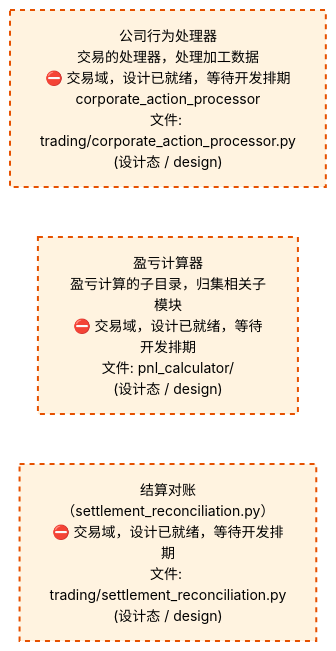
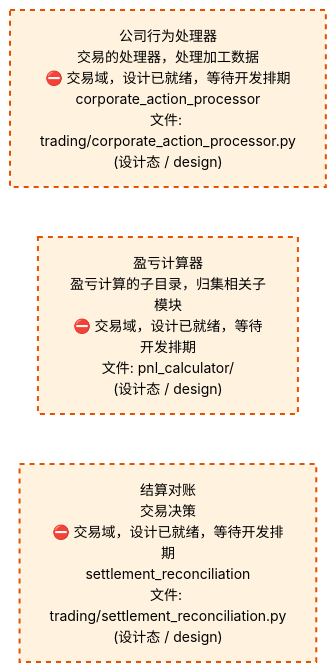
Before and after one commit to xuanFelixVan/ZephyrAlpha: the third of 4 diagrams in docs/02_enterprise_architecture/02_domain_architecture_docs/72_d_trading.md, drawn with Mermaid. The commit also changed other lines of this file and 30 other files, not shown here.

````diff
--- a/docs/02_enterprise_architecture/02_domain_architecture_docs/72_d_trading.md
+++ b/docs/02_enterprise_architecture/02_domain_architecture_docs/72_d_trading.md
@@ -298,14 +298,14 @@
 ```mermaid
 %%{init: {'theme': 'base', 'themeVariables': {'primaryColor': '#eaeaea', 'primaryTextColor': '#333333', 'primaryBorderColor': '#666666', 'lineColor': '#666666', 'secondaryColor': '#eaeaea', 'tertiaryColor': '#eaeaea', 'fontSize': '14px'}}}%%
 flowchart TD
     src_zephyr_trading_corporate_action_processor_py["公司行为处理器<br/>交易的处理器，处理加工数据<br/>⛔ 交易域，设计已就绪，等待开发排期<br/>corporate_action_processor<br/>文件: trading/corporate_action_processor.py<br/>(设计态 / design)"]
     src_zephyr_trading_pnl_calculator["盈亏计算器<br/>盈亏计算的子目录，归集相关子模块<br/>⛔ 交易域，设计已就绪，等待开发排期<br/>文件: pnl_calculator/<br/>(设计态 / design)"]
-    src_zephyr_trading_settlement_reconciliation_py["结算对账<br/>（settlement_reconciliation.py）<br/>⛔ 交易域，设计已就绪，等待开发排期<br/>文件: trading/settlement_reconciliation.py<br/>(设计态 / design)"]
+    src_zephyr_trading_settlement_reconciliation_py["结算对账<br/>交易决策<br/>⛔ 交易域，设计已就绪，等待开发排期<br/>settlement_reconciliation<br/>文件: trading/settlement_reconciliation.py<br/>(设计态 / design)"]
     src_zephyr_trading_corporate_action_processor_py ~~~ src_zephyr_trading_pnl_calculator
     src_zephyr_trading_pnl_calculator ~~~ src_zephyr_trading_settlement_reconciliation_py
     classDef production fill:#e1f5fe,stroke:#01579b,stroke-width:2px,color:#000
     classDef design fill:#fff3e0,stroke:#e65100,stroke-width:2px,color:#000,stroke-dasharray: 5 5
     classDef external_prod fill:#e8f4fd,stroke:#0277bd,stroke-width:1px,color:#000
     classDef external_design fill:#fff8e7,stroke:#ef6c00,stroke-width:1px,color:#000,stroke-dasharray: 5 5
     class src_zephyr_trading_corporate_action_processor_py,src_zephyr_trading_pnl_calculator,src_zephyr_trading_settlement_reconciliation_py design
 ```
````
